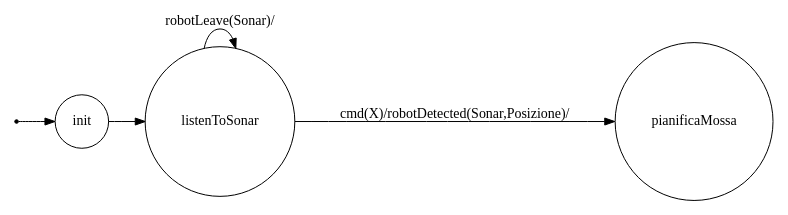
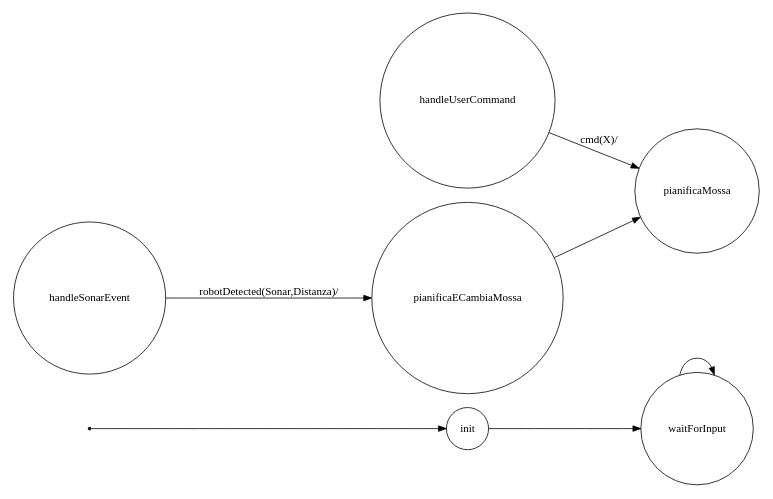
The diagram in Model2/srcMore/it/unibo/robotmind/dotFsm.gv (sabbio93/QRobotEvitaMuri), drawn with Graphviz before and after one commit. The commit also changed 102 other files, not shown here.

```diff
--- a/Model2/srcMore/it/unibo/robotmind/dotFsm.gv
+++ b/Model2/srcMore/it/unibo/robotmind/dotFsm.gv
@@ -1,23 +1,28 @@
 /*
 *
 * A GraphViz DOT FSM description 
 * Please use a GraphViz visualizer (like http://www.webgraphviz.com)
 * 
 * Generated by AM,NC,RM
 *  
 */
  
 digraph finite_state_machine {
   	rankdir=LR;
   	size="8,5"
   	node [shape = point]; iniziale;
   	node [shape = doublecircle]; 
   	node [shape = circle];
   	iniziale -> init [label = ""];
   	
   	
-  	init -> listenToSonar [ label = ""];
+  	init -> waitForInput [ label = ""];
   	
-  	listenToSonar -> listenToSonar [ label = "robotLeave(Sonar)/"];
-  	listenToSonar -> pianificaMossa [ label = "cmd(X)/robotDetected(Sonar,Posizione)/"];
+  	waitForInput -> waitForInput [ label = ""];
+  	
+  	handleUserCommand -> pianificaMossa [ label = "cmd(X)/"];
+  	
+  	handleSonarEvent -> pianificaECambiaMossa [ label = "robotDetected(Sonar,Distanza)/"];
+  	
+  	pianificaECambiaMossa -> pianificaMossa [ label = ""];
 }
```
